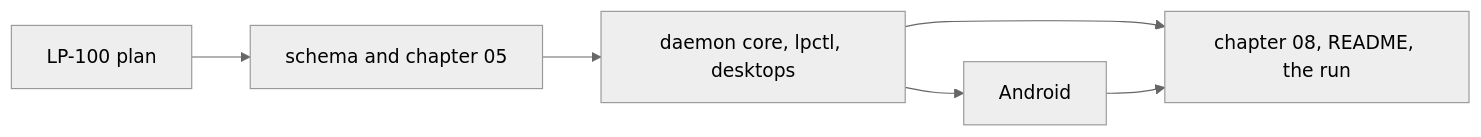
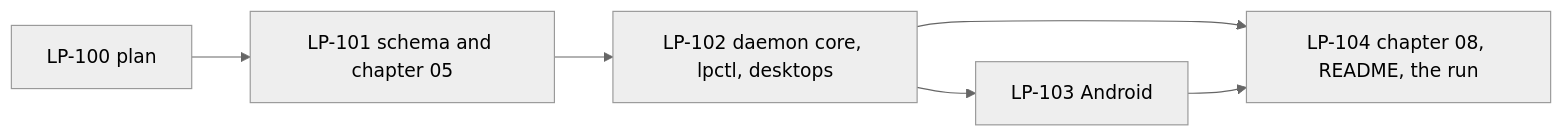
Before and after one commit to garth/ligature-protocol: the third of 3 diagrams in docs/milestones/04-files.md, drawn with Mermaid (neutral theme). The commit also changed other lines of this file, not shown here.

Commit message:
LP-100 Milestone 4 plan accepted; tasks LP-101 to LP-104 named

````diff
--- a/docs/milestones/04-files.md
+++ b/docs/milestones/04-files.md
@@ -231,8 +232,8 @@
 ```mermaid
 flowchart LR
-    P["LP-100 plan"] --> S["schema and chapter 05"]
-    S --> D["daemon core, lpctl, desktops"]
-    D --> A["Android"]
-    D --> M["chapter 08, README, the run"]
+    P["LP-100 plan"] --> S["LP-101 schema and chapter 05"]
+    S --> D["LP-102 daemon core, lpctl, desktops"]
+    D --> A["LP-103 Android"]
+    D --> M["LP-104 chapter 08, README, the run"]
     A --> M
 ```
````
